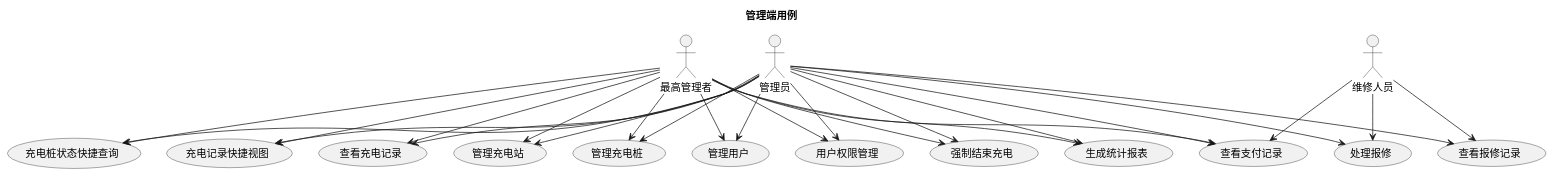
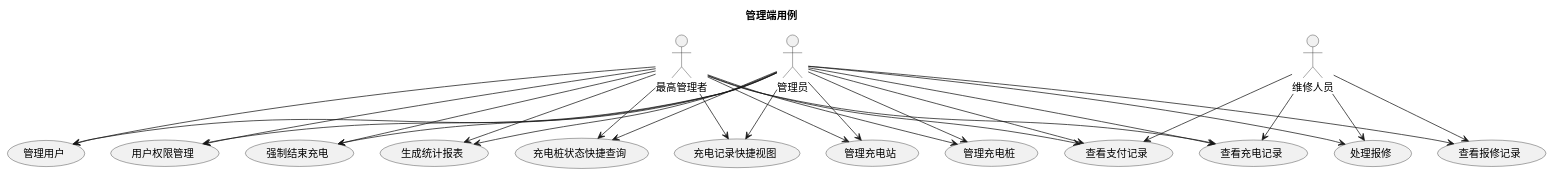
The diagram in usecase/docs/overview/src/admin_usecases.puml (greenhandzdl/charging-station-doc), drawn with PlantUML before and after one commit. The commit also changed 19 other files, not shown here.

```diff
--- a/usecase/docs/overview/src/admin_usecases.puml
+++ b/usecase/docs/overview/src/admin_usecases.puml
@@ -1,49 +1,50 @@
 @startuml
 skinparam defaultFontName "Noto Sans CJK SC"
 skinparam defaultFontSize 14
 title 管理端用例
 skinparam useCaseShape rectangle
 
 actor "管理员" as A
 actor "最高管理者" as SA
 actor "维修人员" as M
 
 usecase "管理充电站" as MS
 usecase "管理充电桩" as MC
 usecase "管理用户" as MU
 usecase "用户权限管理" as PM
 usecase "处理报修" as HR
 usecase "查看报修记录" as VR
 usecase "强制结束充电" as FSC
 usecase "生成统计报表" as GS
 usecase "充电桩状态快捷查询" as QC
 usecase "充电记录快捷视图" as QV
 usecase "查看支付记录" as VPR
 usecase "查看充电记录" as VCR
 
 A --> MS
 A --> MC
 A --> MU
 A --> PM
 A --> HR
 A --> VR
 A --> FSC
 A --> VPR
 A --> GS
 A --> QC
 A --> QV
 A --> VCR
 SA --> MS
 SA --> MC
 SA --> PM
 SA --> MU
 SA --> VPR
 SA --> GS
 SA --> FSC
 SA --> QC
 SA --> QV
 SA --> VCR
 M --> HR
 M --> VR
 M --> VPR
+M --> VCR
 @enduml
```
